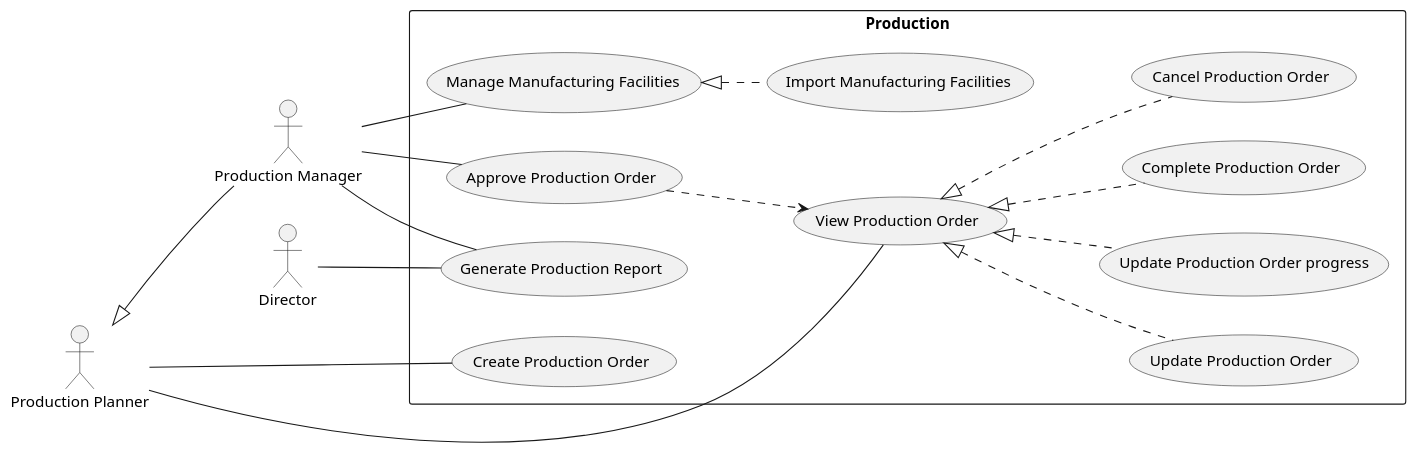
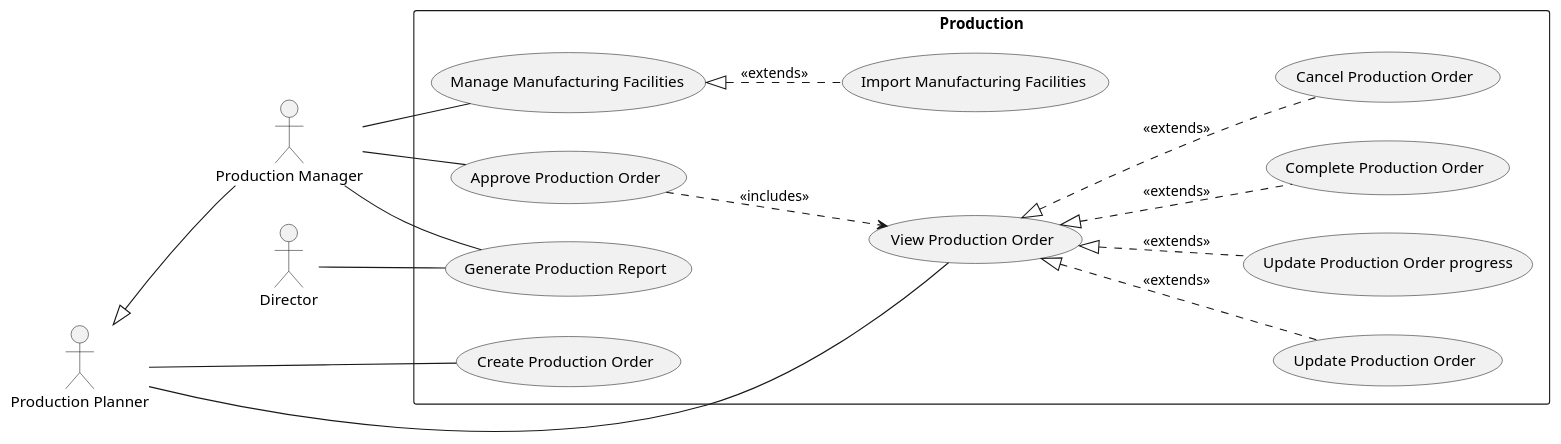
One commit to phihungha/scmss-reqs changed the diagram in use-cases/Production.plantuml. Above: the diagram before and after it, drawn with PlantUML. The commit also changed 9 other files, not shown here.

```diff
--- a/use-cases/Production.plantuml
+++ b/use-cases/Production.plantuml
@@ -1,26 +1,26 @@
 @startuml production
 left to right direction
 
 :Production Planner: as pp
 :Production Manager: as pm
 pp <|-- pm
 
 :Director: as d
 
 rectangle Production {
   pp -- (View Production Order)
   pp -- (Create Production Order)
-  (View Production Order) <|.. (Update Production Order)
-  (View Production Order) <|.. (Update Production Order progress)
-  (View Production Order) <|.. (Complete Production Order)
-  (View Production Order) <|.. (Cancel Production Order)
+  (View Production Order) <|.. (Update Production Order) : <<extends>>
+  (View Production Order) <|.. (Update Production Order progress) : <<extends>>
+  (View Production Order) <|.. (Complete Production Order) : <<extends>>
+  (View Production Order) <|.. (Cancel Production Order) : <<extends>>
 
   pm -- (Approve Production Order)
-  (Approve Production Order) ..> (View Production Order)
+  (Approve Production Order) ..> (View Production Order) : <<includes>>
 
   pm -- (Manage Manufacturing Facilities)
-  (Manage Manufacturing Facilities) <|.. (Import Manufacturing Facilities)
+  (Manage Manufacturing Facilities) <|.. (Import Manufacturing Facilities) : <<extends>>
   pm -- (Generate Production Report)
   d -- (Generate Production Report)
 }
 @enduml
```
